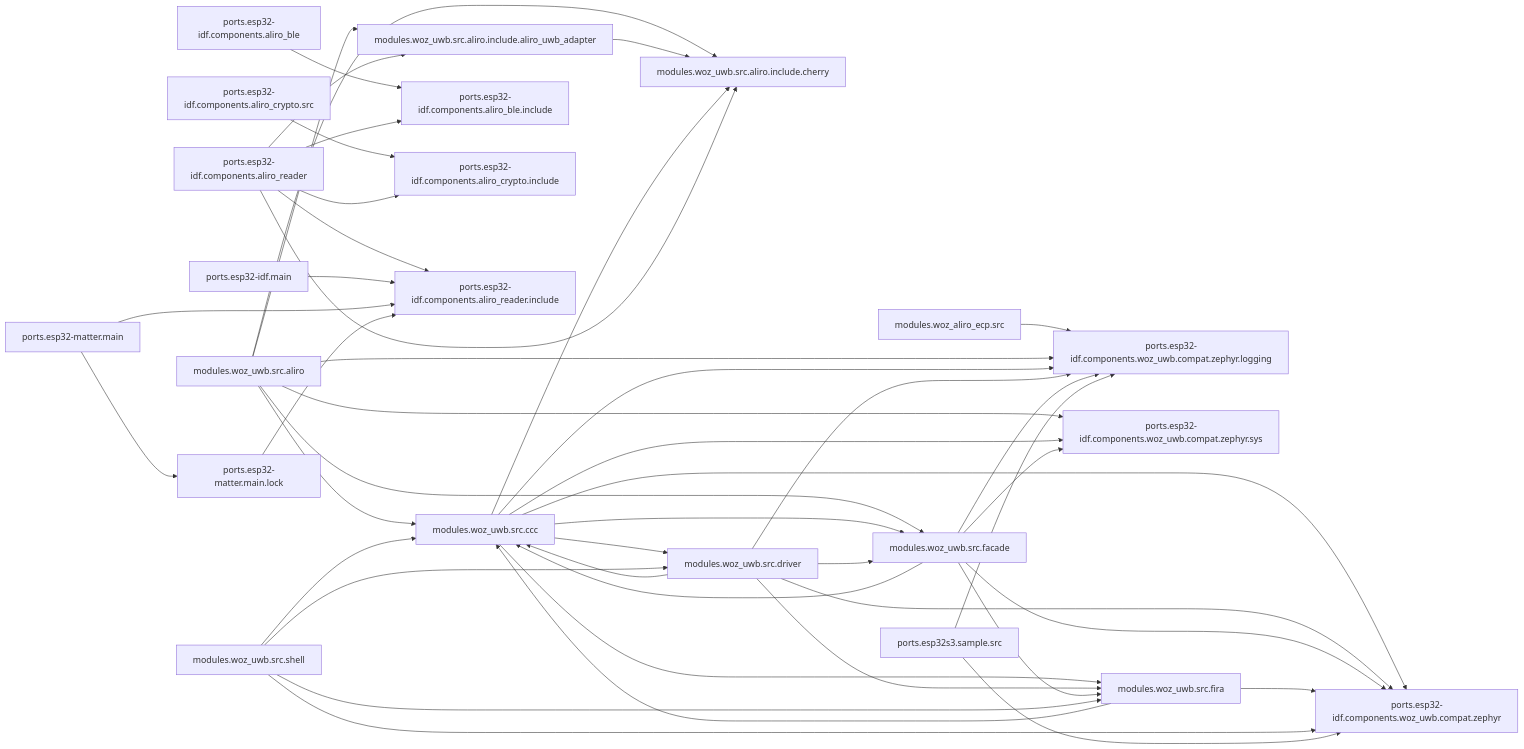
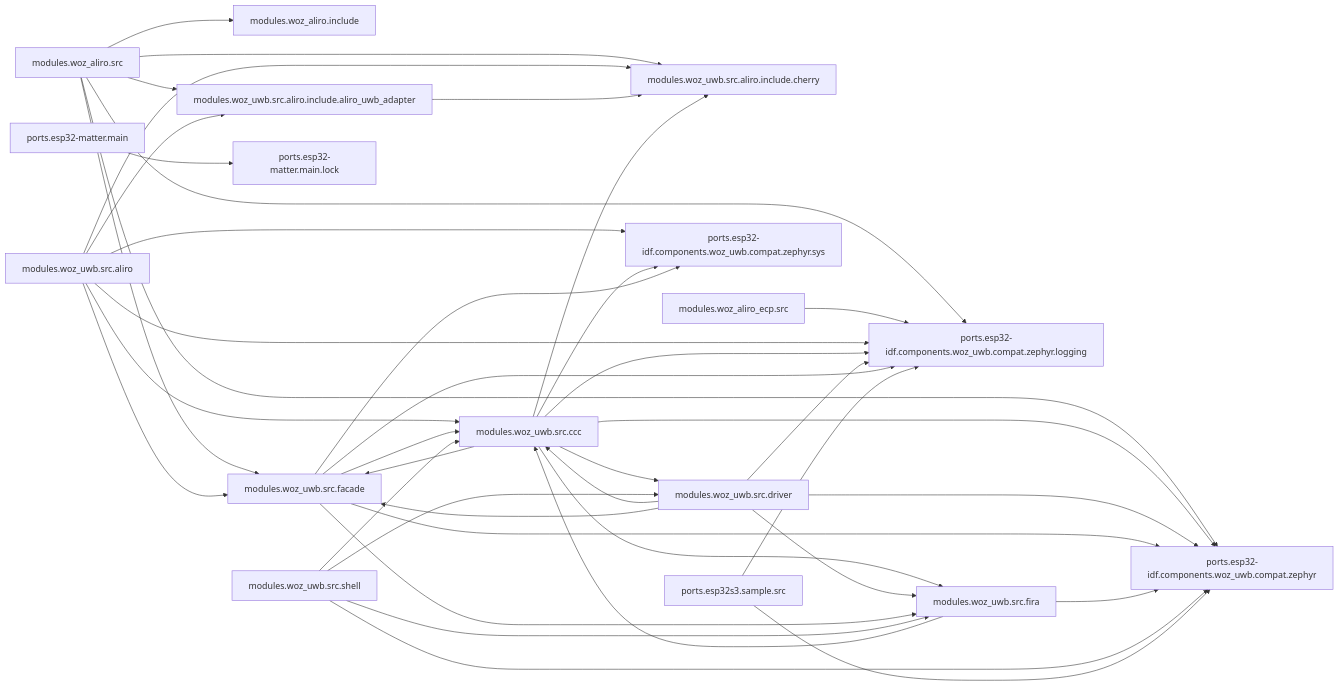
The diagram in docs/ARCHITECTURE.md (jonathan-shc/UWB), drawn with Mermaid before and after one commit. The commit also changed other lines of this file and 79 other files, not shown here.

````diff
--- a/docs/ARCHITECTURE.md
+++ b/docs/ARCHITECTURE.md
@@ -6,47 +6,43 @@
 ```mermaid
 flowchart LR
+  modules.woz_aliro.src --> modules.woz_aliro.include
+  modules.woz_aliro.src --> modules.woz_uwb.src.aliro.include.aliro_uwb_adapter
+  modules.woz_aliro.src --> modules.woz_uwb.src.aliro.include.cherry
+  modules.woz_aliro.src --> modules.woz_uwb.src.facade
+  modules.woz_aliro.src --> ports.esp32-idf.components.woz_uwb.compat.zephyr
+  modules.woz_aliro.src --> ports.esp32-idf.components.woz_uwb.compat.zephyr.logging
   modules.woz_aliro_ecp.src --> ports.esp32-idf.components.woz_uwb.compat.zephyr.logging
   modules.woz_uwb.src.aliro --> modules.woz_uwb.src.aliro.include.aliro_uwb_adapter
   modules.woz_uwb.src.aliro --> modules.woz_uwb.src.aliro.include.cherry
   modules.woz_uwb.src.aliro --> modules.woz_uwb.src.ccc
   modules.woz_uwb.src.aliro --> modules.woz_uwb.src.facade
   modules.woz_uwb.src.aliro --> ports.esp32-idf.components.woz_uwb.compat.zephyr.logging
   modules.woz_uwb.src.aliro --> ports.esp32-idf.components.woz_uwb.compat.zephyr.sys
   modules.woz_uwb.src.aliro.include.aliro_uwb_adapter --> modules.woz_uwb.src.aliro.include.cherry
   modules.woz_uwb.src.ccc --> modules.woz_uwb.src.aliro.include.cherry
   modules.woz_uwb.src.ccc --> modules.woz_uwb.src.driver
   modules.woz_uwb.src.ccc --> modules.woz_uwb.src.facade
   modules.woz_uwb.src.ccc --> modules.woz_uwb.src.fira
   modules.woz_uwb.src.ccc --> ports.esp32-idf.components.woz_uwb.compat.zephyr
   modules.woz_uwb.src.ccc --> ports.esp32-idf.components.woz_uwb.compat.zephyr.logging
   modules.woz_uwb.src.ccc --> ports.esp32-idf.components.woz_uwb.compat.zephyr.sys
   modules.woz_uwb.src.driver --> modules.woz_uwb.src.ccc
   modules.woz_uwb.src.driver --> modules.woz_uwb.src.facade
   modules.woz_uwb.src.driver --> modules.woz_uwb.src.fira
   modules.woz_uwb.src.driver --> ports.esp32-idf.components.woz_uwb.compat.zephyr
   modules.woz_uwb.src.driver --> ports.esp32-idf.components.woz_uwb.compat.zephyr.logging
   modules.woz_uwb.src.facade --> modules.woz_uwb.src.ccc
   modules.woz_uwb.src.facade --> modules.woz_uwb.src.fira
   modules.woz_uwb.src.facade --> ports.esp32-idf.components.woz_uwb.compat.zephyr
   modules.woz_uwb.src.facade --> ports.esp32-idf.components.woz_uwb.compat.zephyr.logging
   modules.woz_uwb.src.facade --> ports.esp32-idf.components.woz_uwb.compat.zephyr.sys
   modules.woz_uwb.src.fira --> modules.woz_uwb.src.ccc
   modules.woz_uwb.src.fira --> ports.esp32-idf.components.woz_uwb.compat.zephyr
   modules.woz_uwb.src.shell --> modules.woz_uwb.src.ccc
   modules.woz_uwb.src.shell --> modules.woz_uwb.src.driver
   modules.woz_uwb.src.shell --> modules.woz_uwb.src.fira
   modules.woz_uwb.src.shell --> ports.esp32-idf.components.woz_uwb.compat.zephyr
-  ports.esp32-idf.components.aliro_ble --> ports.esp32-idf.components.aliro_ble.include
-  ports.esp32-idf.components.aliro_crypto.src --> ports.esp32-idf.components.aliro_crypto.include
-  ports.esp32-idf.components.aliro_reader --> modules.woz_uwb.src.aliro.include.aliro_uwb_adapter
-  ports.esp32-idf.components.aliro_reader --> modules.woz_uwb.src.aliro.include.cherry
-  ports.esp32-idf.components.aliro_reader --> ports.esp32-idf.components.aliro_ble.include
-  ports.esp32-idf.components.aliro_reader --> ports.esp32-idf.components.aliro_crypto.include
-  ports.esp32-idf.components.aliro_reader --> ports.esp32-idf.components.aliro_reader.include
-  ports.esp32-idf.main --> ports.esp32-idf.components.aliro_reader.include
-  ports.esp32-matter.main --> ports.esp32-idf.components.aliro_reader.include
   ports.esp32-matter.main --> ports.esp32-matter.main.lock
-  ports.esp32-matter.main.lock --> ports.esp32-idf.components.aliro_reader.include
   ports.esp32s3.sample.src --> ports.esp32-idf.components.woz_uwb.compat.zephyr
   ports.esp32s3.sample.src --> ports.esp32-idf.components.woz_uwb.compat.zephyr.logging
 ```
````
